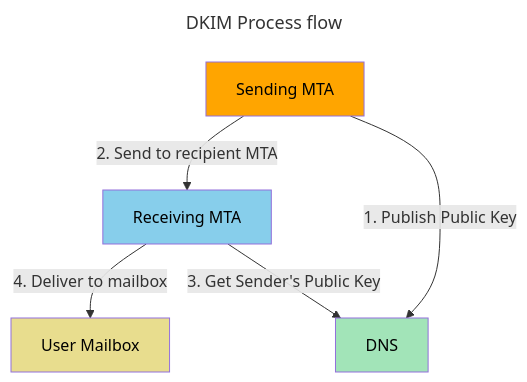
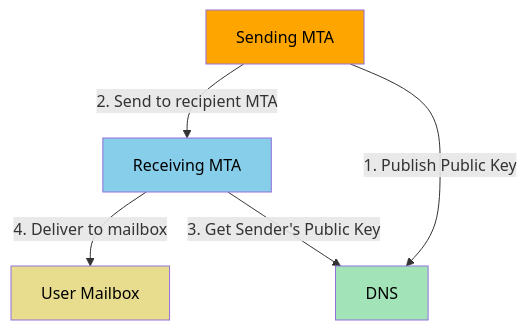
Before and after one commit to KumoCorp/kumomta: the diagram in docs/guide/subs/dkim.md, drawn with Mermaid. The commit also changed other lines of this file, not shown here.

First line of the commit message:
docs: fixup dkim page

````diff
--- a/docs/guide/subs/dkim.md
+++ b/docs/guide/subs/dkim.md
@@ -20,20 +20,16 @@
 ```mermaid
----
-title: DKIM Process flow
----
 graph TD
     SMTA["Sending MTA"]
     RMTA["Receiving MTA"]
     MBOX["User Mailbox"]
     DNS
     SMTA -- 2. Send to recipient MTA --> RMTA
     RMTA -- 4. Deliver to mailbox --> MBOX
     SMTA -- 1. Publish Public Key --> DNS
     RMTA -- 3. Get Sender's Public Key --> DNS
 
    style SMTA fill:orange,color:black
    style RMTA fill:skyblue,color:black
    style DNS fill:#A2E4B8,color:black
    style MBOX fill:#E8DD8E,color:black
-
 ```
````
